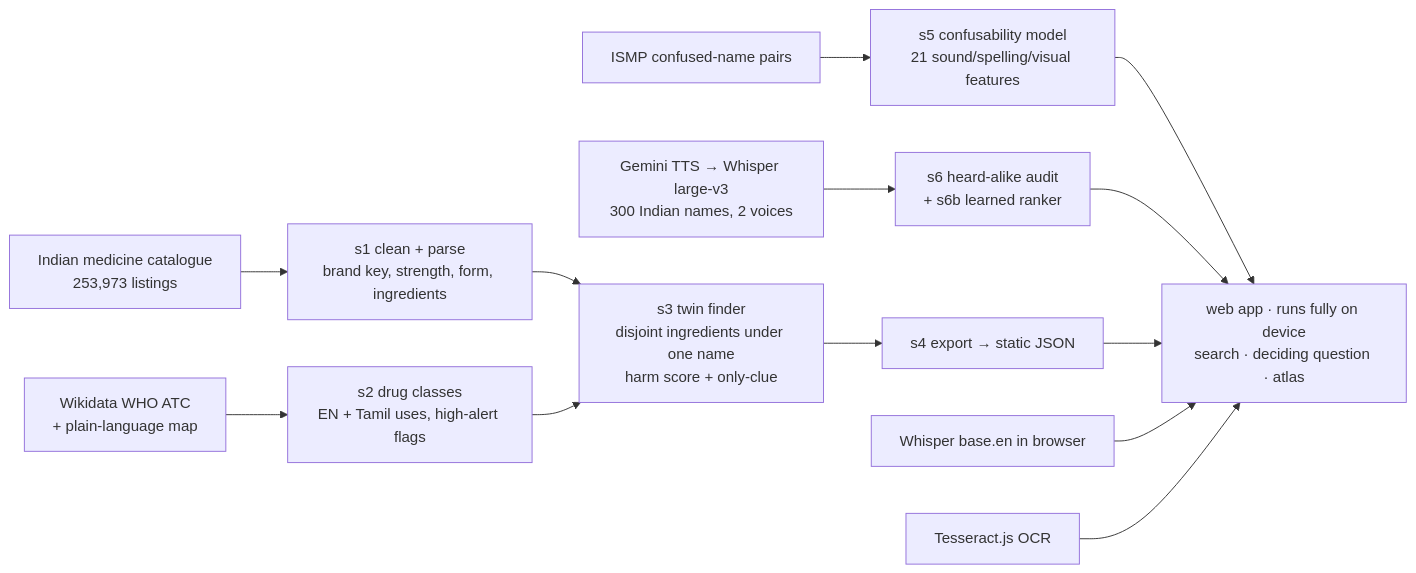
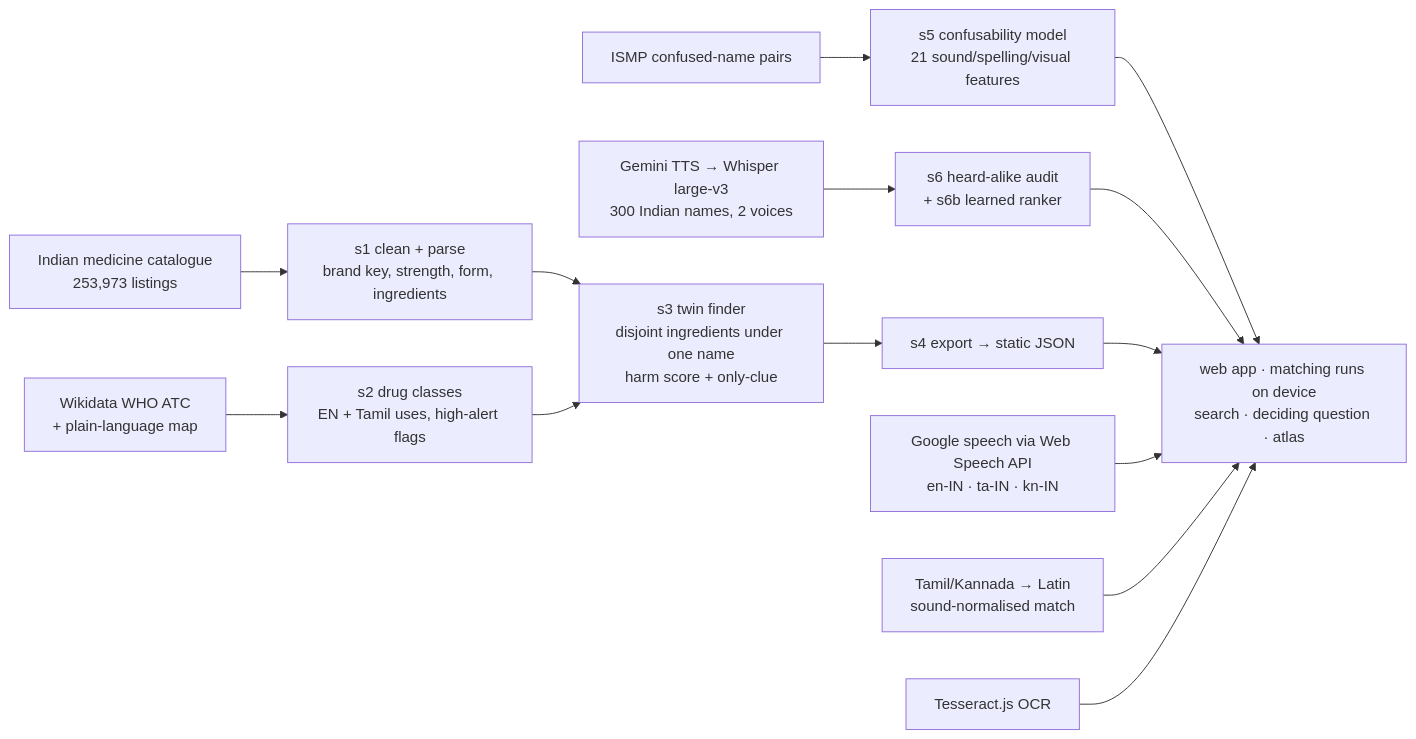
One commit to hannielvinu/TwinPill changed the diagram in README.md. Above: the diagram before and after it, drawn with Mermaid. The commit also changed other lines of this file and 637 other files, not shown here.

Commit message:
Google speech recognition in English, Tamil and Kannada; Tamil/Kannada script matched by sound; Kannada UI; Anek Tamil and Anek Kannada fonts

````diff
--- a/README.md
+++ b/README.md
@@ -69,15 +69,16 @@
 ```mermaid
 flowchart LR
   A[Indian medicine catalogue<br/>253,973 listings] --> B[s1 clean + parse<br/>brand key, strength, form, ingredients]
   W[Wikidata WHO ATC<br/>+ plain-language map] --> C[s2 drug classes<br/>EN + Tamil uses, high-alert flags]
   B --> D[s3 twin finder<br/>disjoint ingredients under one name<br/>harm score + only-clue]
   C --> D
   I[ISMP confused-name pairs] --> E[s5 confusability model<br/>21 sound/spelling/visual features]
   T[Gemini TTS → Whisper large-v3<br/>300 Indian names, 2 voices] --> F[s6 heard-alike audit<br/>+ s6b learned ranker]
   D --> G[s4 export → static JSON]
   E --> H
-  F --> H[web app · runs fully on device<br/>search · deciding question · atlas]
+  F --> H[web app · matching runs on device<br/>search · deciding question · atlas]
   G --> H
-  V[Whisper base.en in browser] --> H
+  V[Google speech via Web Speech API<br/>en-IN · ta-IN · kn-IN] --> H
+  X[Tamil/Kannada → Latin<br/>sound-normalised match] --> H
   O[Tesseract.js OCR] --> H
 ```
````
